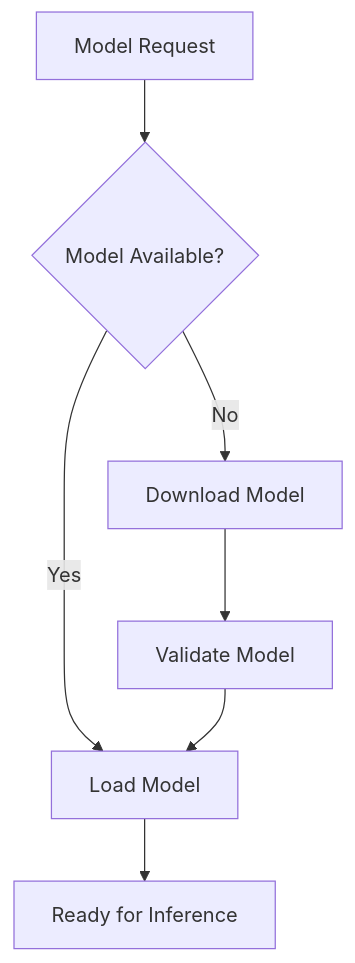
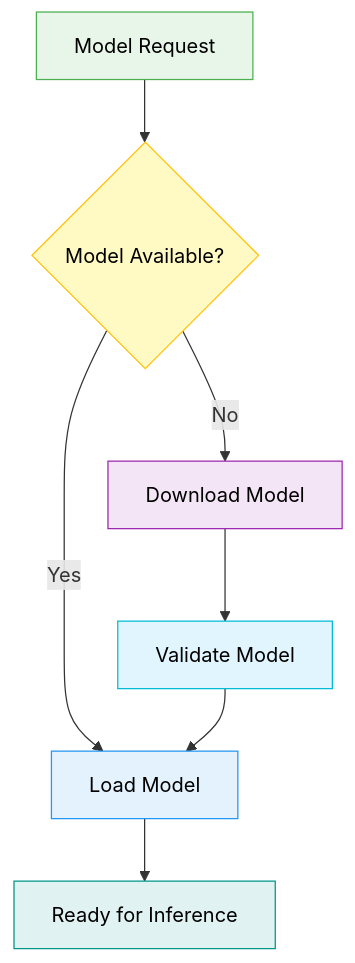
Before and after one commit to mtkresearch/BreezeApp-engine: the sixth of 6 diagrams in docs/ARCHITECTURE.md, drawn with Mermaid. The commit also changed other lines of this file and 1 other file, not shown here.

Commit message:
Enhance architecture documentation

````diff
--- a/docs/ARCHITECTURE.md
+++ b/docs/ARCHITECTURE.md
@@ -197,9 +209,16 @@
 ```mermaid
 graph TD
     A[Model Request] --> B{Model Available?}
     B -->|Yes| C[Load Model]
     B -->|No| D[Download Model]
     D --> E[Validate Model]
     E --> C
     C --> F[Ready for Inference]
+
+    style A fill:#E8F5E9,stroke:#4CAF50,color:#000000
+    style B fill:#FFF9C4,stroke:#FFC107,color:#000000
+    style C fill:#E3F2FD,stroke:#2196F3,color:#000000
+    style D fill:#F3E5F5,stroke:#9C27B0,color:#000000
+    style E fill:#E1F5FE,stroke:#00BCD4,color:#000000
+    style F fill:#E0F2F1,stroke:#009688,color:#000000
 ```
````
